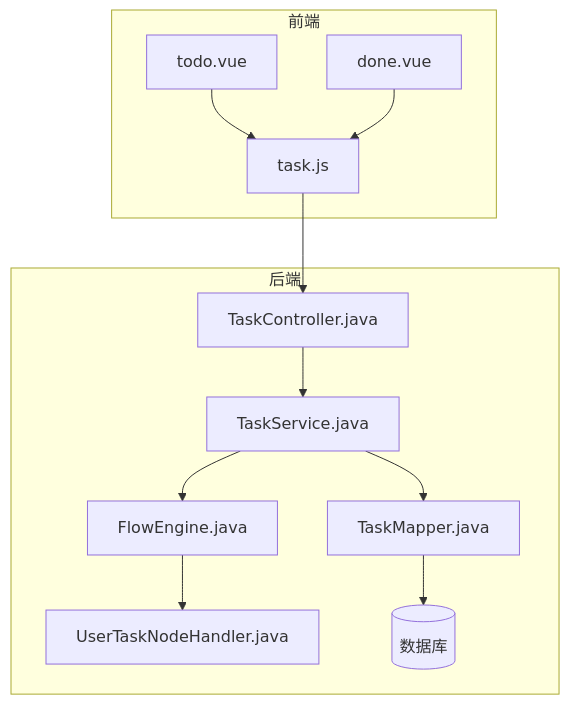
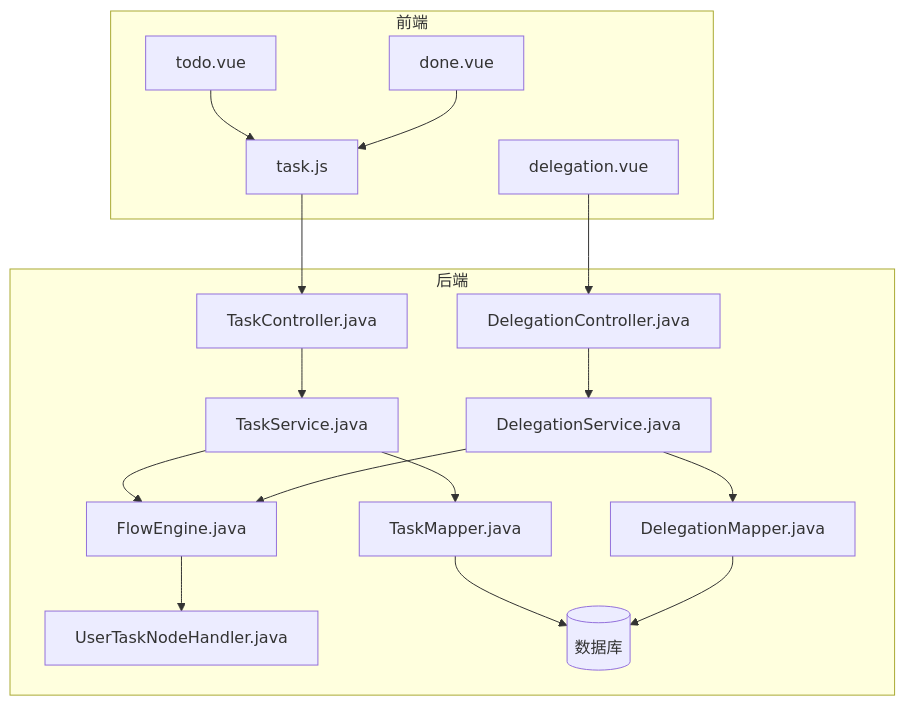
One commit to liming-lihaini/workflow changed the first of 4 diagrams in .qoder/repowiki/zh/content/API接口文档/任务管理API.md. Above: the diagram before and after it, drawn with Mermaid. The commit also changed other lines of this file and 27 other files, not shown here.

````diff
--- a/.qoder/repowiki/zh/content/API接口文档/任务管理API.md
+++ b/.qoder/repowiki/zh/content/API接口文档/任务管理API.md
@@ -56,24 +71,33 @@
 ```mermaid
 graph TB
 subgraph "前端"
 FE_TaskAPI["task.js"]
 FE_Todo["todo.vue"]
 FE_Done["done.vue"]
+FE_Delegation["delegation.vue"]
 end
 subgraph "后端"
 C_Task["TaskController.java"]
+C_Delegation["DelegationController.java"]
 S_Task["TaskService.java"]
+S_Delegation["DelegationService.java"]
 E_Flow["FlowEngine.java"]
 H_UserTask["UserTaskNodeHandler.java"]
 M_Task["TaskMapper.java"]
+M_Delegation["DelegationMapper.java"]
 DB[("数据库")]
 end
 FE_TaskAPI --> C_Task
+FE_Delegation --> C_Delegation
 FE_Todo --> FE_TaskAPI
 FE_Done --> FE_TaskAPI
 C_Task --> S_Task
+C_Delegation --> S_Delegation
 S_Task --> E_Flow
+S_Delegation --> E_Flow
 E_Flow --> H_UserTask
 S_Task --> M_Task
+S_Delegation --> M_Delegation
 M_Task --> DB
+M_Delegation --> DB
 ```
````
